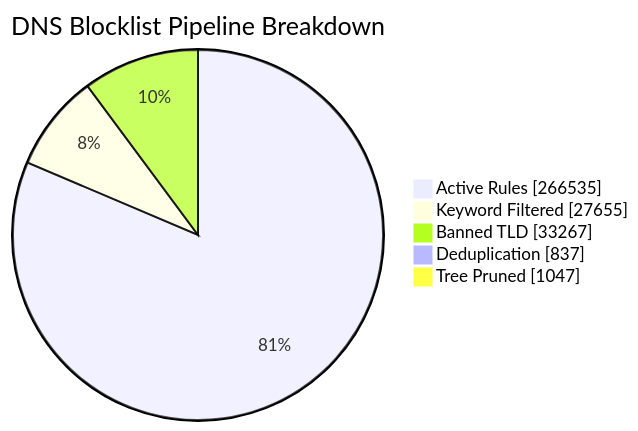
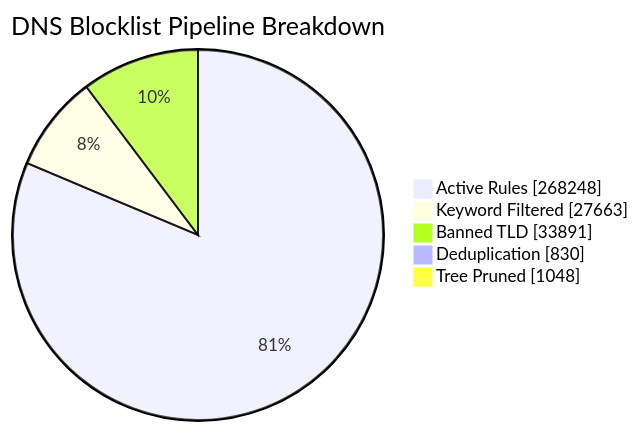
The first of 6 diagrams in README_STATS.md (brojangles24/Cloudflare-ZeroTrust-AdBlock), drawn with Mermaid before and after one commit. The commit also changed other lines of this file and 1 other file, not shown here.

````diff
--- a/README_STATS.md
+++ b/README_STATS.md
@@ -41,8 +41,8 @@
 ```mermaid
 pie showData title DNS Blocklist Pipeline Breakdown
-    "Active Rules"     : 266535
-    "Keyword Filtered" : 27655
-    "Banned TLD"       : 33267
-    "Deduplication"    : 837
-    "Tree Pruned"      : 1047
+    "Active Rules"     : 268248
+    "Keyword Filtered" : 27663
+    "Banned TLD"       : 33891
+    "Deduplication"    : 830
+    "Tree Pruned"      : 1048
 ```
````
